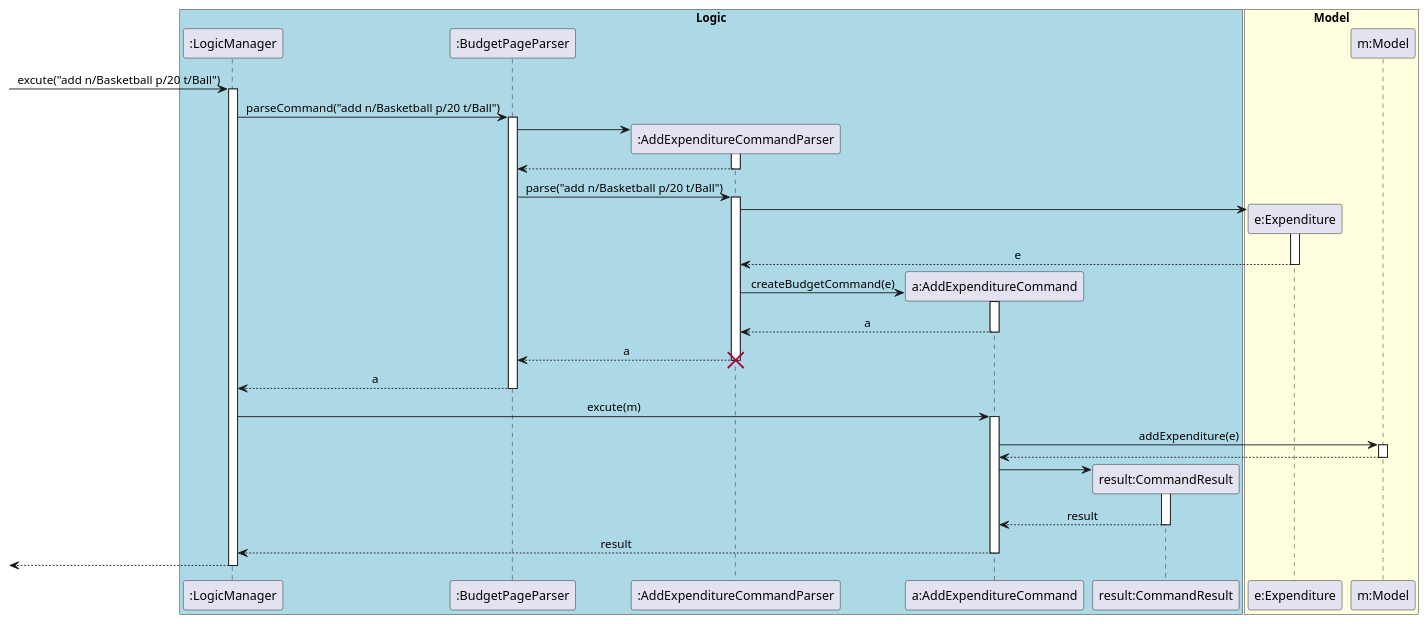
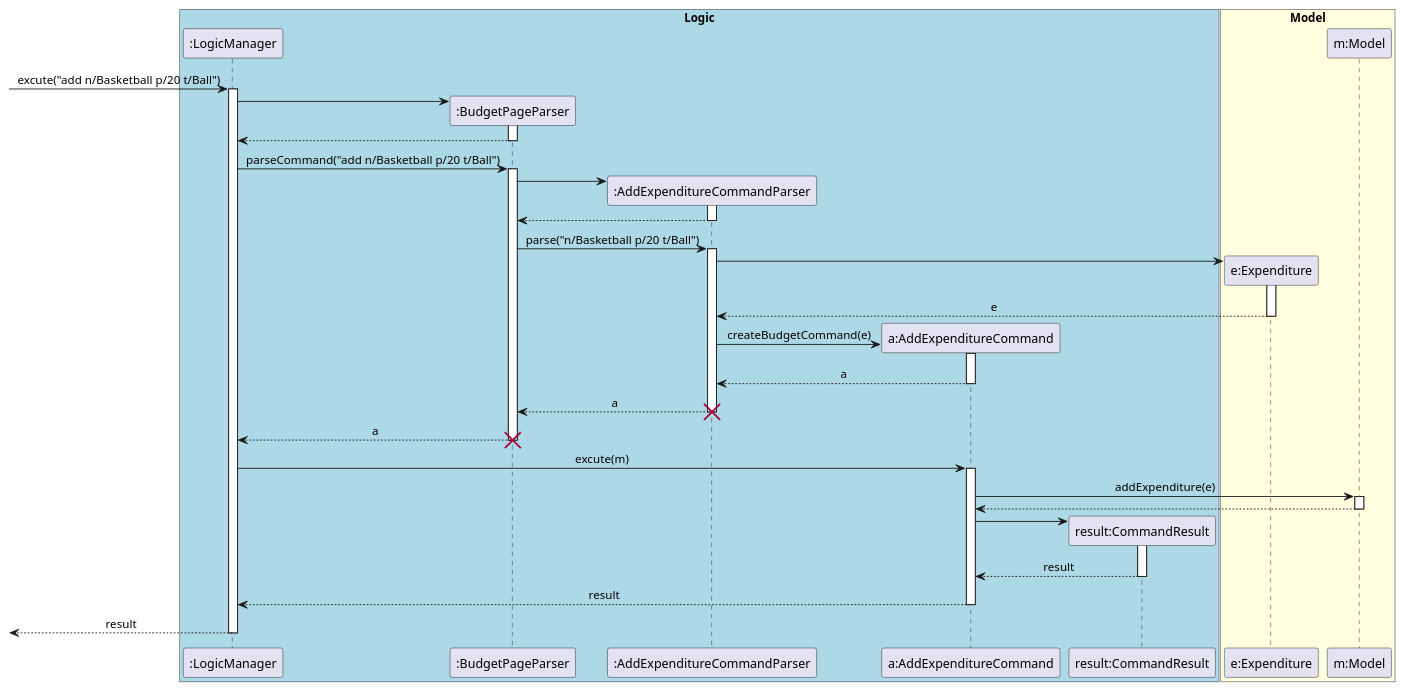
The diagram in docs/diagrams/commandsPlantUML/AddExpenditureCommand.puml (yu-ming-chen/tp), drawn with PlantUML before and after one commit. The commit also changed 7 other files, not shown here.

Commit message:
Update Sequence Diagrams

```diff
--- a/docs/diagrams/commandsPlantUML/AddExpenditureCommand.puml
+++ b/docs/diagrams/commandsPlantUML/AddExpenditureCommand.puml
@@ -1,69 +1,76 @@
 @startuml
 skinparam Sequence {
     MessageAlign center
 }
 box "Logic" #LightBlue
 participant ":LogicManager" as LM
 participant ":BudgetPageParser" as BPP
 participant ":AddExpenditureCommandParser" as AECP
 participant "a:AddExpenditureCommand" as AEC
 participant "result:CommandResult" as CR
 end box
 
 box "Model" #LightYellow
 participant "e:Expenditure" as Expenditure
 participant "m:Model" as M
 end box
 
 [-> LM : excute("add n/Basketball p/20 t/Ball")
 activate LM
+create BPP
+LM -> BPP
+activate BPP
+LM <-- BPP
+
+deactivate BPP
 LM -> BPP : parseCommand("add n/Basketball p/20 t/Ball")
 activate BPP
 
 create AECP
 BPP -> AECP
 activate AECP
 BPP <-- AECP
 deactivate AECP
-BPP -> AECP : parse("add n/Basketball p/20 t/Ball")
+BPP -> AECP : parse("n/Basketball p/20 t/Ball")
 activate AECP
 
 create Expenditure
 AECP -> Expenditure
 activate Expenditure
 AECP <-- Expenditure : e
 deactivate Expenditure
 
 create AEC
 AECP -> AEC : createBudgetCommand(e)
 activate AEC
 AECP <-- AEC : a
 deactivate AEC
 BPP <-- AECP : a
 
 destroy AECP
 
 deactivate AECP
 LM <-- BPP : a
 deactivate BPP
+destroy BPP
 
 LM -> AEC: excute(m)
 
 activate AEC
 AEC -> M : addExpenditure(e)
 activate M
 AEC <-- M
 deactivate M
 
 create CR
 AEC -> CR
 activate CR
-AEC <-- CR :result
+AEC <-- CR : result
 deactivate CR
 
 LM <-- AEC: result
 deactivate AEC
-[<-- LM
+[<-- LM : result
 deactivate LM
 
 @enduml
```
